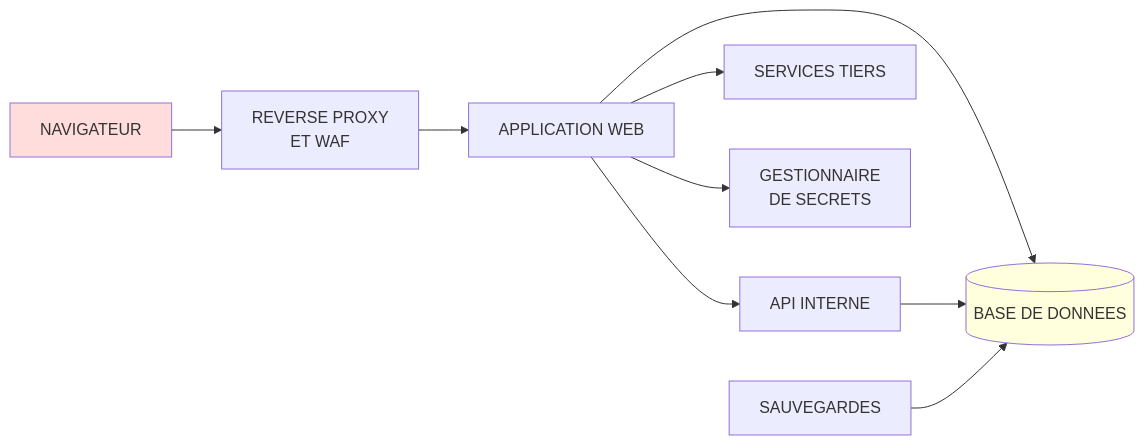
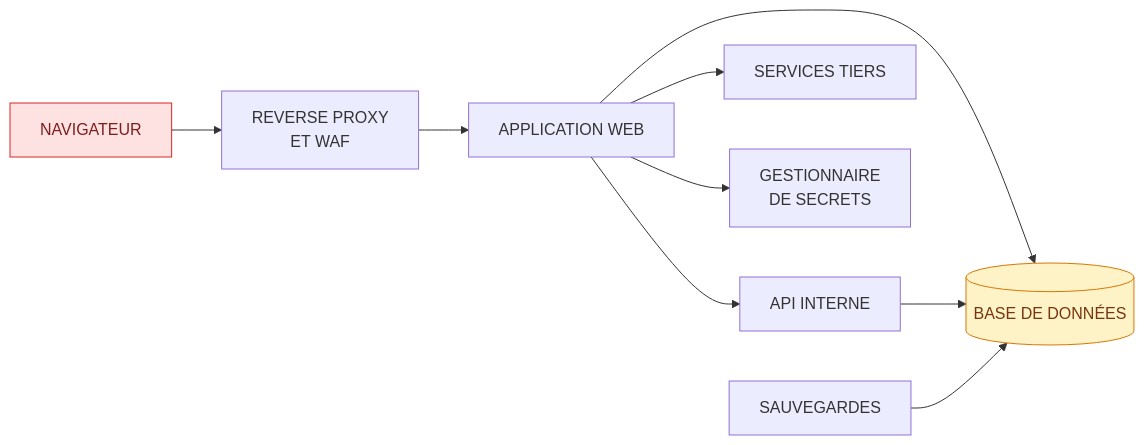
One commit to Gooseppr/GevOps_LC changed the first of 2 diagrams in courses/reseaux-cybersecurite/23_securite_applicative.md. Above: the diagram before and after it, drawn with Mermaid. The commit also changed other lines of this file and 56 other files, not shown here.

````diff
--- a/courses/reseaux-cybersecurite/23_securite_applicative.md
+++ b/courses/reseaux-cybersecurite/23_securite_applicative.md
@@ -55,13 +55,13 @@
 ```mermaid
 flowchart LR
     NAV["NAVIGATEUR"] --> RP["REVERSE PROXY<br/>ET WAF"]
     RP --> APP["APPLICATION WEB"]
     APP --> API["API INTERNE"]
-    APP --> DB[("BASE DE DONNEES")]
+    APP --> DB[("BASE DE DONNÉES")]
     API --> DB
     APP --> TIERS["SERVICES TIERS"]
     APP --> SEC["GESTIONNAIRE<br/>DE SECRETS"]
     BKP["SAUVEGARDES"] --> DB
-    style NAV fill:#fdd
-    style DB fill:#ffd
+    style NAV fill:#fee2e2,stroke:#dc2626,color:#7f1d1d
+    style DB fill:#fef3c7,stroke:#d97706,color:#78350f
 ```
````
